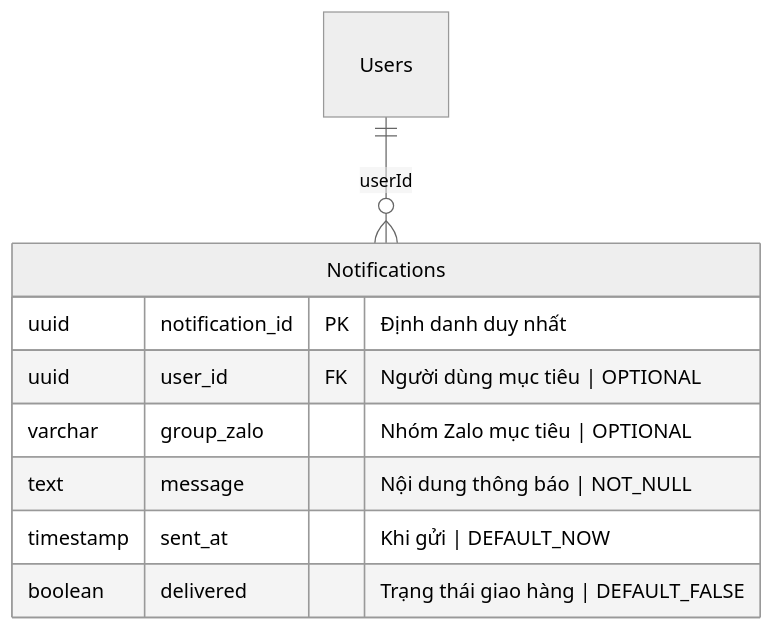
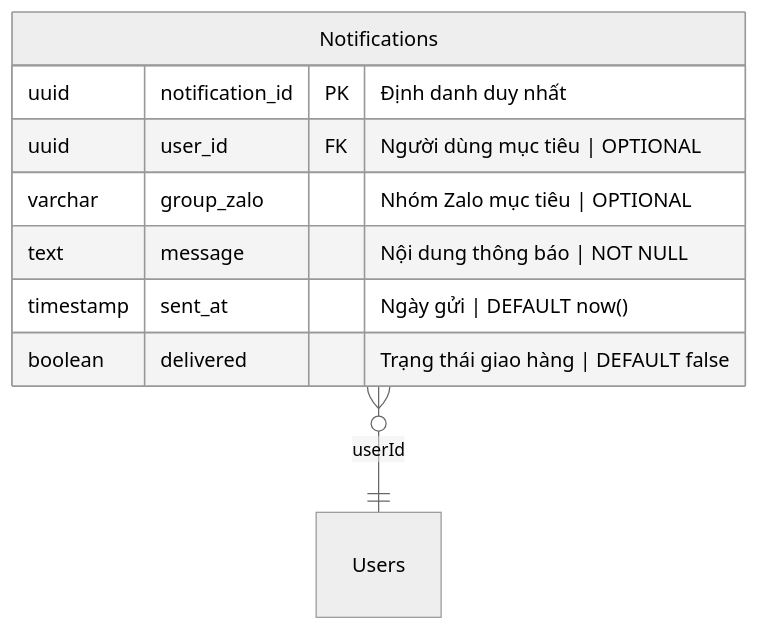
The eighth of 12 diagrams in sources/storage/business-analysis/membership-hub/requirements.md (hainguyen81/enterprise-it-ai), drawn with Mermaid (neutral theme) before and after one commit. The commit also changed other lines of this file and 7 other files, not shown here.

````diff
--- a/sources/storage/business-analysis/membership-hub/requirements.md
+++ b/sources/storage/business-analysis/membership-hub/requirements.md
@@ -492,12 +549,12 @@
 ```mermaid
 erDiagram
     Notifications {
         uuid notification_id PK "Định danh duy nhất"
         uuid user_id FK "Người dùng mục tiêu | OPTIONAL"
         varchar group_zalo "Nhóm Zalo mục tiêu | OPTIONAL"
-        text message "Nội dung thông báo | NOT_NULL"
-        timestamp sent_at "Khi gửi | DEFAULT_NOW"
-        boolean delivered "Trạng thái giao hàng | DEFAULT_FALSE"
+        text message "Nội dung thông báo | NOT NULL"
+        timestamp sent_at "Ngày gửi | DEFAULT now()"
+        boolean delivered "Trạng thái giao hàng | DEFAULT false"
     }
-    Users ||--o{ Notifications : "userId"
+    Notifications }o--|| Users : "userId"
 ```
````
